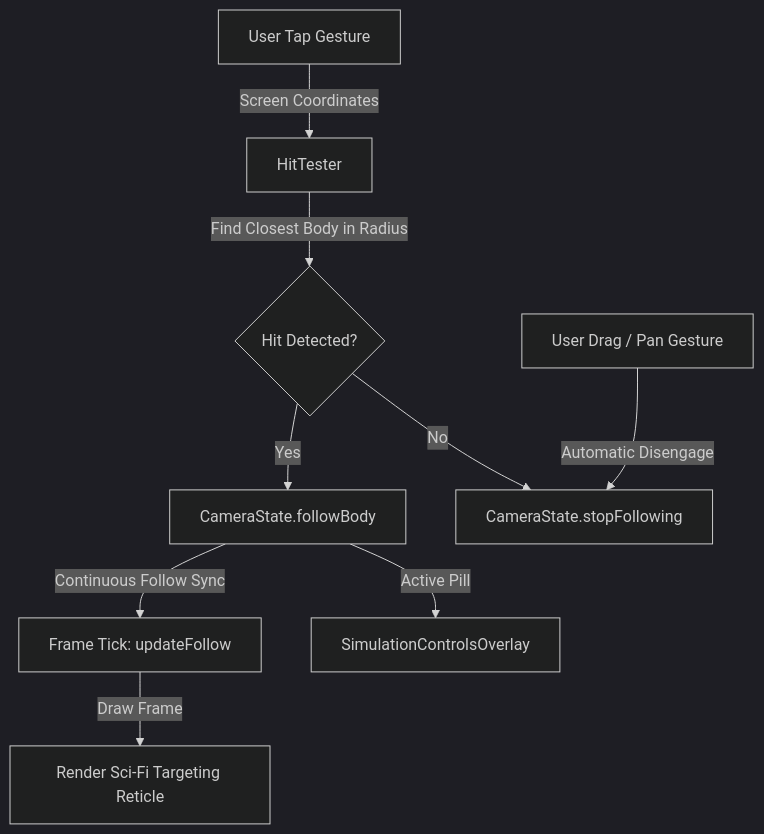
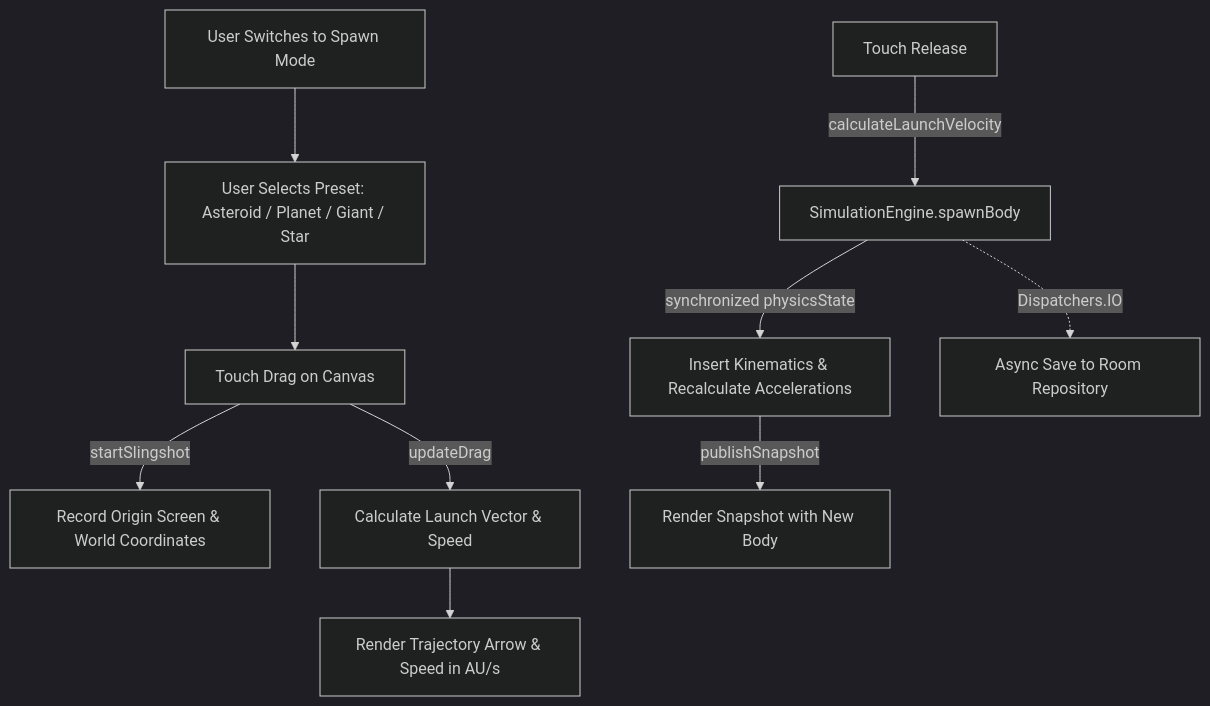
The diagram in gems/INTERACTIVE_SANDBOX_LOG.md (sl0wbug/Solar-System-Automata), drawn with Mermaid (dark theme) before and after one commit. The commit also changed other lines of this file and 6 other files, not shown here.

Commit message:
feat(interaction): implement slingshot body spawner and preset selection

````diff
--- a/gems/INTERACTIVE_SANDBOX_LOG.md
+++ b/gems/INTERACTIVE_SANDBOX_LOG.md
@@ -12,11 +20,12 @@
 ```mermaid
 graph TD
-    A[User Tap Gesture] -->|Screen Coordinates| B[HitTester]
-    B -->|Find Closest Body in Radius| C{Hit Detected?}
-    C -->|Yes| D[CameraState.followBody]
-    C -->|No| E[CameraState.stopFollowing]
-    D -->|Continuous Follow Sync| F[Frame Tick: updateFollow]
-    F -->|Draw Frame| G[Render Sci-Fi Targeting Reticle]
-    D -->|Active Pill| H[SimulationControlsOverlay]
-    I[User Drag / Pan Gesture] -->|Automatic Disengage| E
+    A[User Switches to Spawn Mode] --> B[User Selects Preset: Asteroid / Planet / Giant / Star]
+    B --> C[Touch Drag on Canvas]
+    C -->|startSlingshot| D[Record Origin Screen & World Coordinates]
+    C -->|updateDrag| E[Calculate Launch Vector & Speed]
+    E --> F[Render Trajectory Arrow & Speed in AU/s]
+    G[Touch Release] -->|calculateLaunchVelocity| H[SimulationEngine.spawnBody]
+    H -->|synchronized physicsState| I[Insert Kinematics & Recalculate Accelerations]
+    I -->|publishSnapshot| J[Render Snapshot with New Body]
+    H -.->|Dispatchers.IO| K[Async Save to Room Repository]
 ```
````
